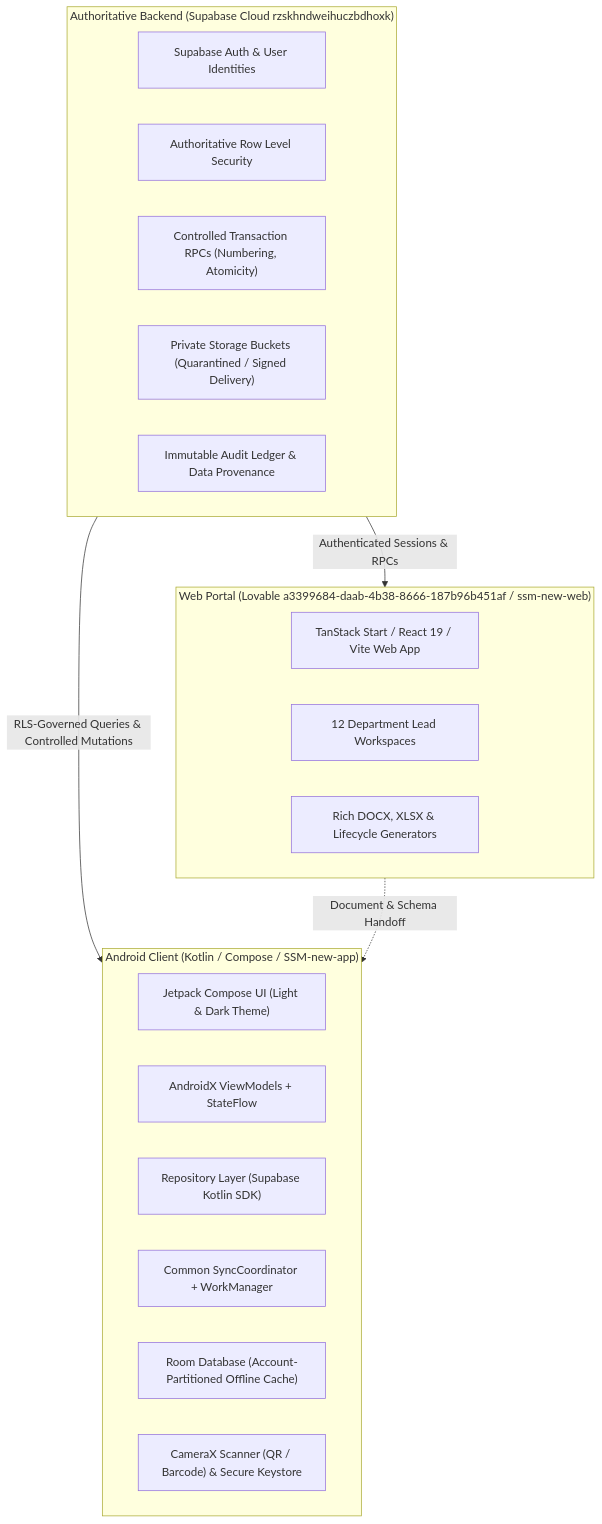
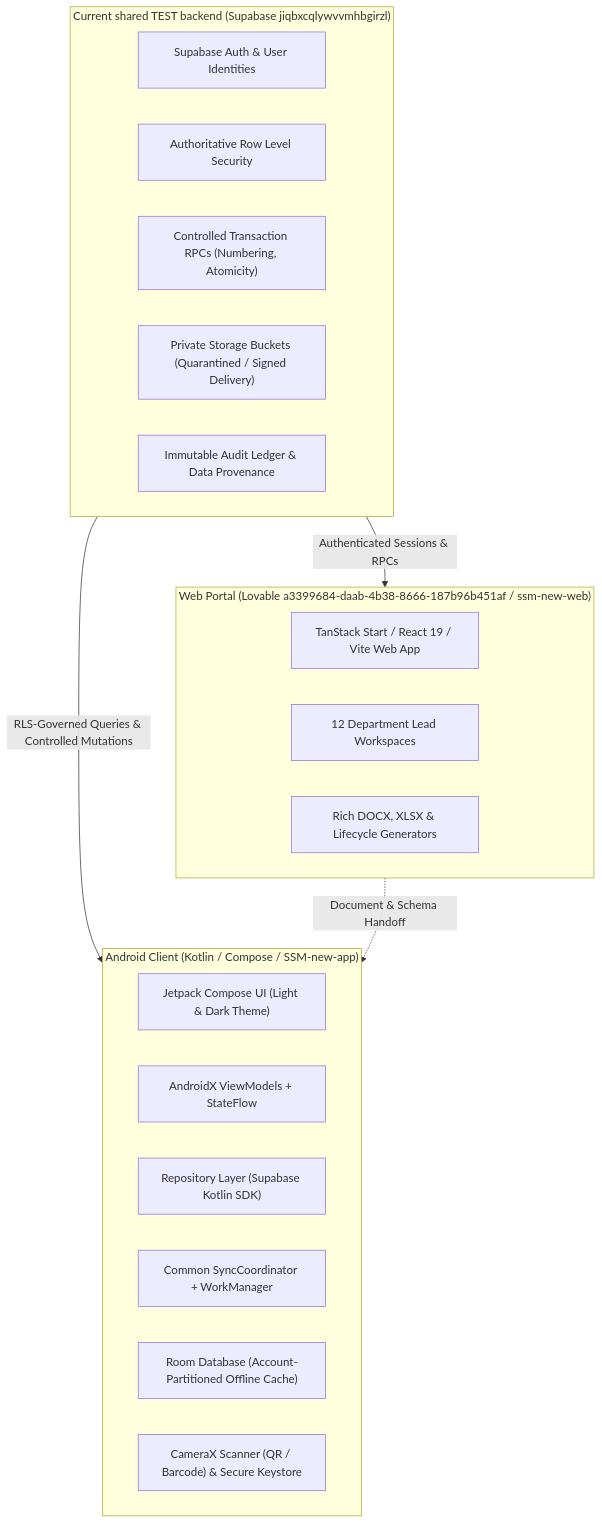
Before and after one commit to narendok/SSM-new-app: the first of 5 diagrams in docs/planning/SSM_ONE_ANDROID_BUILD_PLAN.md, drawn with Mermaid. The commit also changed other lines of this file, not shown here.

Commit message:
Align Android plan with current shared data rules

````diff
--- a/docs/planning/SSM_ONE_ANDROID_BUILD_PLAN.md
+++ b/docs/planning/SSM_ONE_ANDROID_BUILD_PLAN.md
@@ -21,29 +62,29 @@
 ```mermaid
 flowchart TD
-    subgraph BackendAuthority["Authoritative Backend (Supabase Cloud rzskhndweihuczbdhoxk)"]
+    subgraph BackendAuthority["Current shared TEST backend (Supabase jiqbxcqlywvvmhbgirzl)"]
         AUTH["Supabase Auth & User Identities"]
         RLS["Authoritative Row Level Security"]
         RPC["Controlled Transaction RPCs (Numbering, Atomicity)"]
         BUCKETS["Private Storage Buckets (Quarantined / Signed Delivery)"]
         AUDIT["Immutable Audit Ledger & Data Provenance"]
     end
 
     subgraph WebPortal["Web Portal (Lovable a3399684-daab-4b38-8666-187b96b451af / ssm-new-web)"]
         WEB_UI["TanStack Start / React 19 / Vite Web App"]
         WEB_WORKSPACES["12 Department Lead Workspaces"]
         WEB_EDITORS["Rich DOCX, XLSX & Lifecycle Generators"]
     end
 
     subgraph AndroidClient["Android Client (Kotlin / Compose / SSM-new-app)"]
         COMPOSE["Jetpack Compose UI (Light & Dark Theme)"]
         VIEWMODEL["AndroidX ViewModels + StateFlow"]
         REPO["Repository Layer (Supabase Kotlin SDK)"]
         SYNC["Common SyncCoordinator + WorkManager"]
         ROOM["Room Database (Account-Partitioned Offline Cache)"]
         HARDWARE["CameraX Scanner (QR / Barcode) & Secure Keystore"]
     end
 
     BackendAuthority -->|Authenticated Sessions & RPCs| WebPortal
     BackendAuthority -->|RLS-Governed Queries & Controlled Mutations| AndroidClient
     WebPortal -.->|Document & Schema Handoff| AndroidClient
 ```
````
